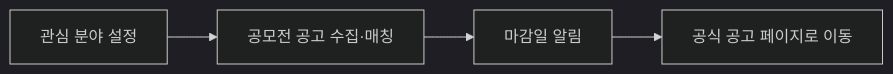
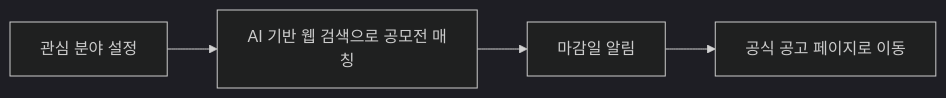
Before and after one commit to Spark-Contest/.github: the diagram in profile/README.md, drawn with Mermaid (dark theme).

Commit message:
docs: clarify AI web search, not passive collection

````diff
--- a/profile/README.md
+++ b/profile/README.md
@@ -12,6 +12,6 @@
 ```mermaid
 flowchart LR
-    a[관심 분야 설정] --> b[공모전 공고 수집·매칭]
+    a[관심 분야 설정] --> b[AI 기반 웹 검색으로 공모전 매칭]
     b --> c[마감일 알림]
     c --> d[공식 공고 페이지로 이동]
 ```
````
